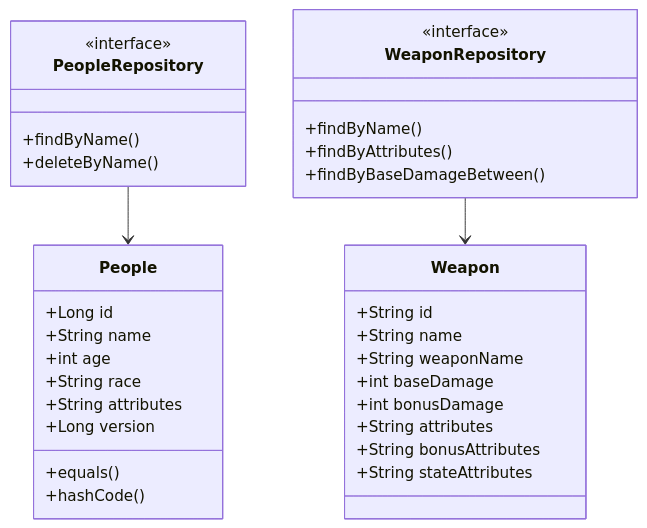
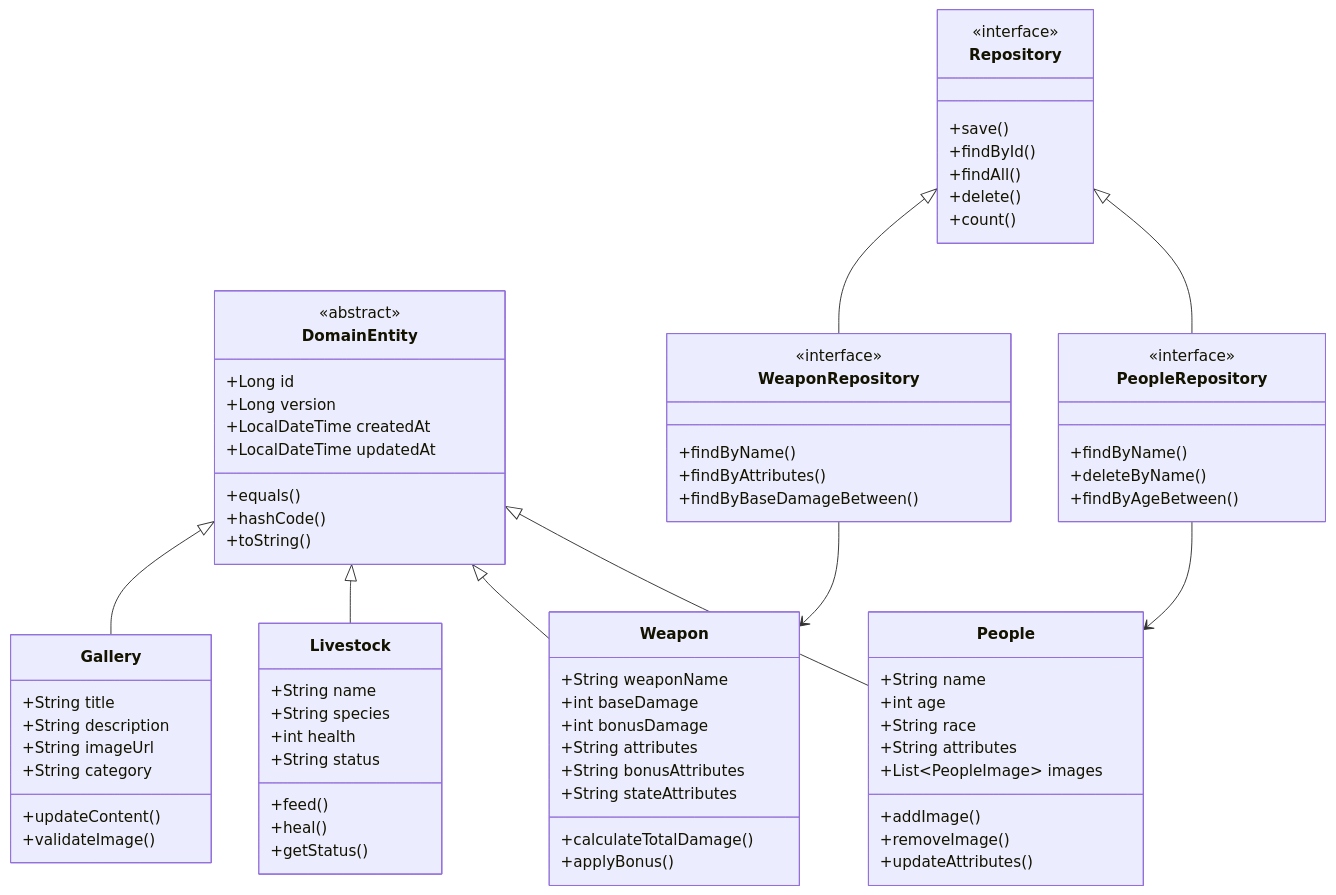
The third of 16 diagrams in README.md (Vinskao/ty-multiverse-backend), drawn with Mermaid before and after one commit. The commit also changed other lines of this file, not shown here.

Commit message:
info: update graph

````diff
--- a/README.md
+++ b/README.md
@@ -93,31 +132,71 @@
 ```mermaid
 classDiagram
+    class DomainEntity {
+        <<abstract>>
+        +Long id
+        +Long version
+        +LocalDateTime createdAt
+        +LocalDateTime updatedAt
+        +equals()
+        +hashCode()
+        +toString()
+    }
+    
     class People {
-        +Long id
         +String name
         +int age
         +String race
         +String attributes
-        +Long version
-        +equals()
-        +hashCode()
+        +List~PeopleImage~ images
+        +addImage()
+        +removeImage()
+        +updateAttributes()
     }
     
     class Weapon {
-        +String id
-        +String name
         +String weaponName
         +int baseDamage
         +int bonusDamage
         +String attributes
         +String bonusAttributes
         +String stateAttributes
+        +calculateTotalDamage()
+        +applyBonus()
+    }
+    
+    class Livestock {
+        +String name
+        +String species
+        +int health
+        +String status
+        +feed()
+        +heal()
+        +getStatus()
+    }
+    
+    class Gallery {
+        +String title
+        +String description
+        +String imageUrl
+        +String category
+        +updateContent()
+        +validateImage()
+    }
+    
+    class Repository {
+        <<interface>>
+        +save()
+        +findById()
+        +findAll()
+        +delete()
+        +count()
     }
     
     class PeopleRepository {
         <<interface>>
         +findByName()
         +deleteByName()
+        +findByAgeBetween()
     }
     
     class WeaponRepository {
@@ -127,6 +206,12 @@
         +findByBaseDamageBetween()
     }
     
+    DomainEntity <|-- People
+    DomainEntity <|-- Weapon
+    DomainEntity <|-- Livestock
+    DomainEntity <|-- Gallery
+    Repository <|-- PeopleRepository
+    Repository <|-- WeaponRepository
     PeopleRepository --> People
     WeaponRepository --> Weapon
 ```
````
